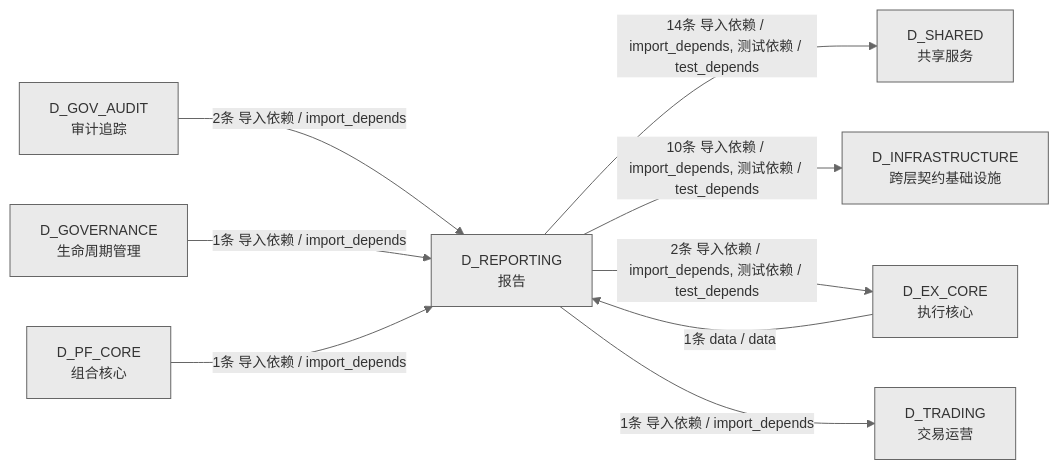
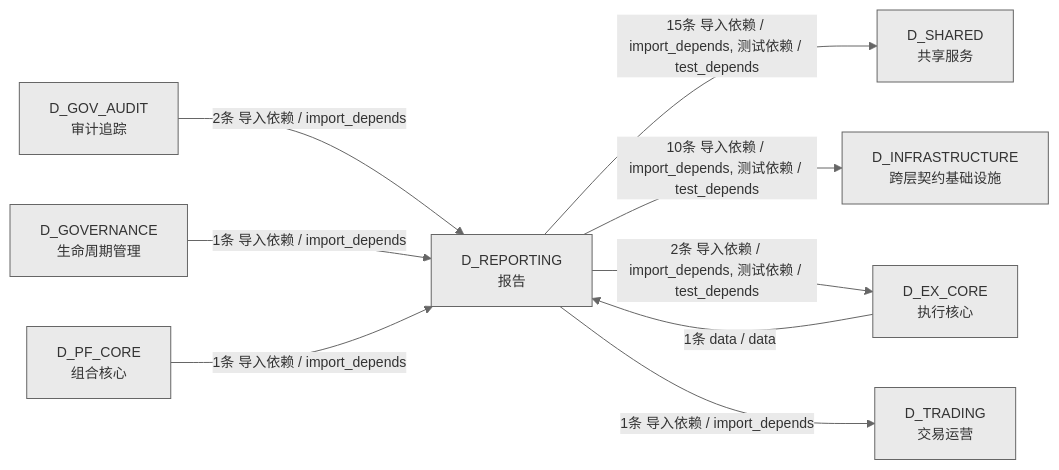
One commit to xuanFelixVan/ZephyrAlpha changed the fourth of 4 diagrams in docs/02_enterprise_architecture/02_domain_architecture_docs/26_d_reporting.md. Above: the diagram before and after it, drawn with Mermaid. The commit also changed other lines of this file and 10 other files, not shown here.

````diff
--- a/docs/02_enterprise_architecture/02_domain_architecture_docs/26_d_reporting.md
+++ b/docs/02_enterprise_architecture/02_domain_architecture_docs/26_d_reporting.md
@@ -256,20 +256,20 @@
 ```mermaid
 %%{init: {'theme': 'base', 'themeVariables': {'primaryColor': '#eaeaea', 'primaryTextColor': '#333333', 'primaryBorderColor': '#666666', 'lineColor': '#666666', 'secondaryColor': '#eaeaea', 'tertiaryColor': '#eaeaea', 'fontSize': '14px'}}}%%
 graph LR
     D_REPORTING["D_REPORTING<br/>报告"]
     D_SHARED["D_SHARED<br/>共享服务"]
     D_INFRASTRUCTURE["D_INFRASTRUCTURE<br/>跨层契约基础设施"]
     D_EX_CORE["D_EX_CORE<br/>执行核心"]
     D_TRADING["D_TRADING<br/>交易运营"]
     D_GOV_AUDIT["D_GOV_AUDIT<br/>审计追踪"]
     D_GOVERNANCE["D_GOVERNANCE<br/>生命周期管理"]
     D_PF_CORE["D_PF_CORE<br/>组合核心"]
-    D_REPORTING -->|14条 导入依赖 / import_depends, 测试依赖 / test_depends| D_SHARED
+    D_REPORTING -->|15条 导入依赖 / import_depends, 测试依赖 / test_depends| D_SHARED
     D_REPORTING -->|10条 导入依赖 / import_depends, 测试依赖 / test_depends| D_INFRASTRUCTURE
     D_REPORTING -->|2条 导入依赖 / import_depends, 测试依赖 / test_depends| D_EX_CORE
     D_REPORTING -->|1条 导入依赖 / import_depends| D_TRADING
     D_GOV_AUDIT -->|2条 导入依赖 / import_depends| D_REPORTING
     D_EX_CORE -->|1条 data / data| D_REPORTING
     D_GOVERNANCE -->|1条 导入依赖 / import_depends| D_REPORTING
     D_PF_CORE -->|1条 导入依赖 / import_depends| D_REPORTING
 ```
````
